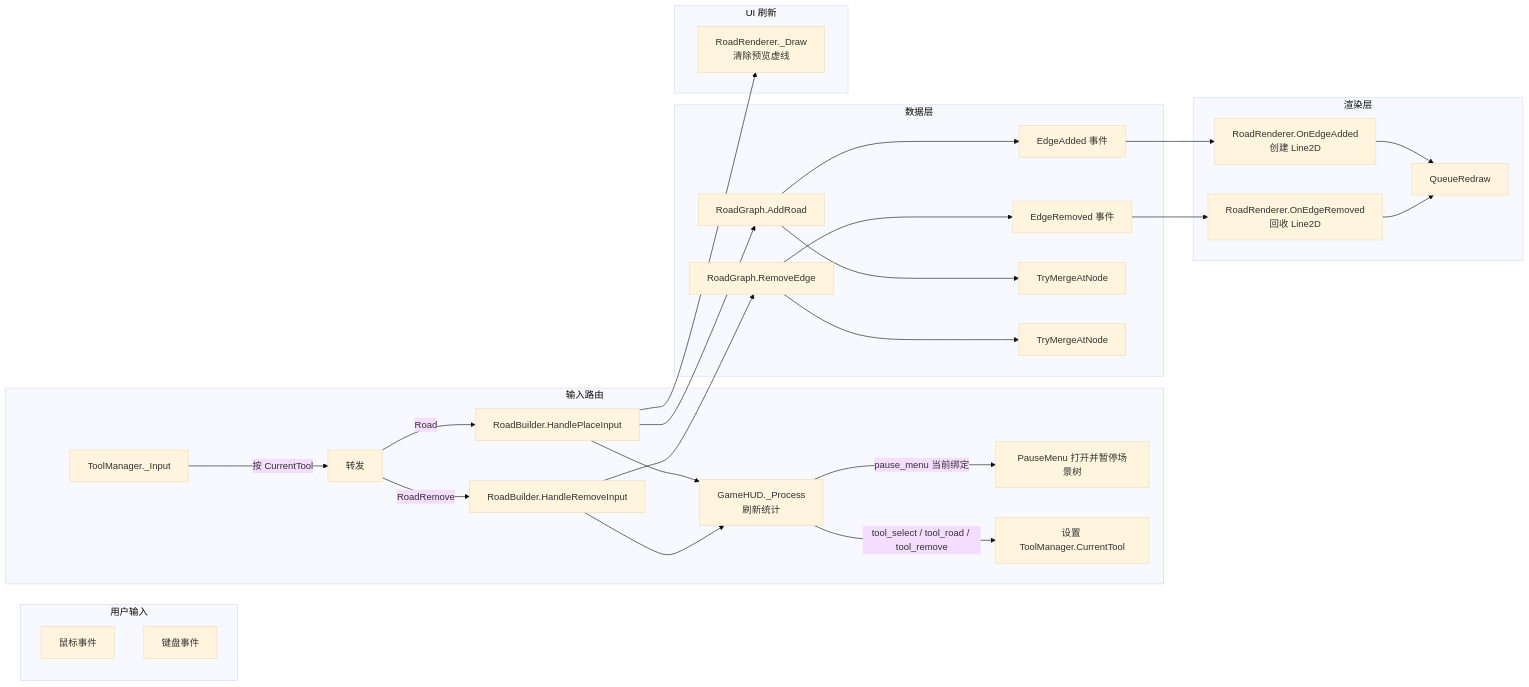
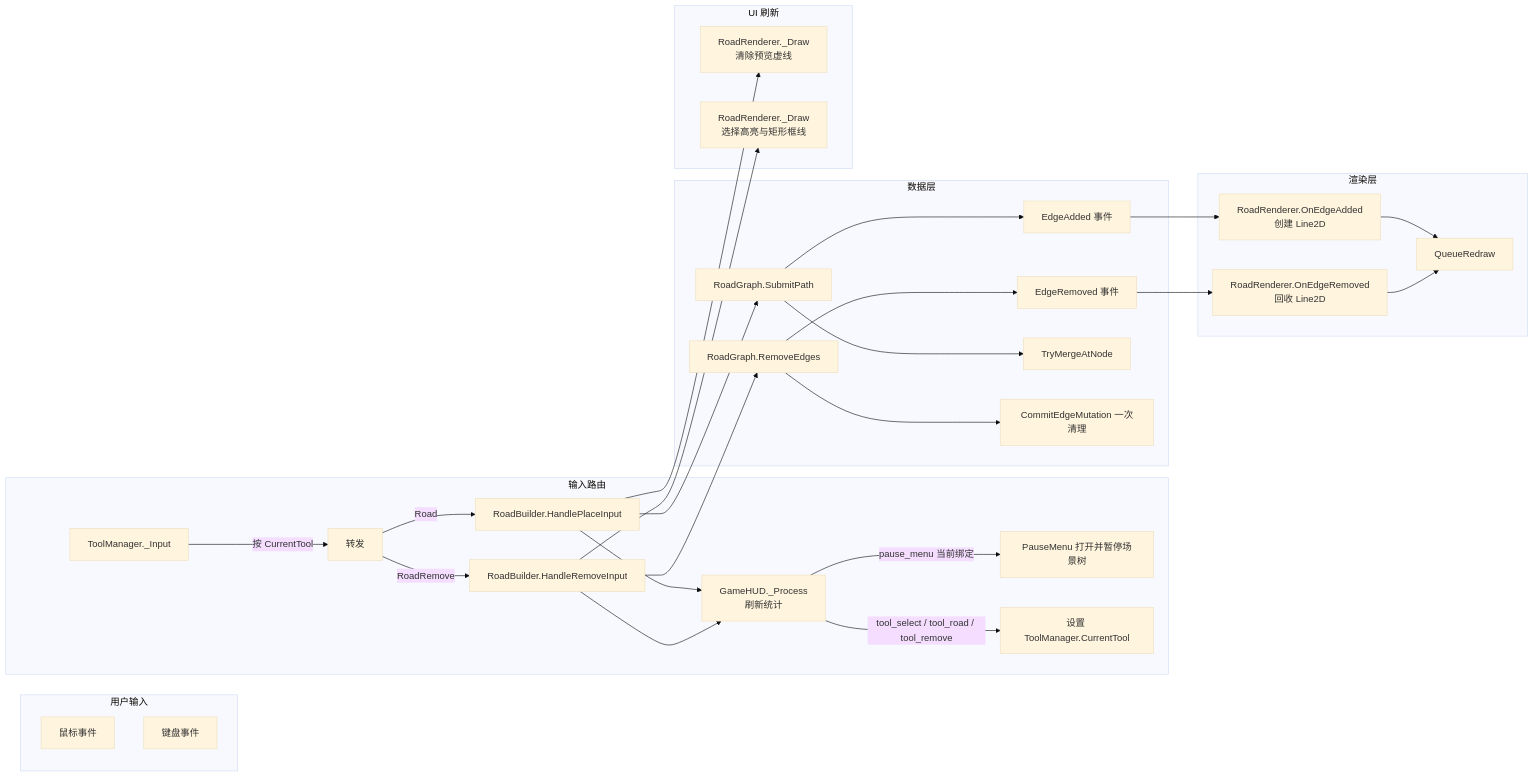
The ninth of 9 diagrams in docs/reference/game-logic.md (xianfishyu/SimpleCities), drawn with Mermaid (base theme) before and after one commit. The commit also changed other lines of this file and 11 other files, not shown here.

````diff
--- a/docs/reference/game-logic.md
+++ b/docs/reference/game-logic.md
@@ -295,39 +298,40 @@
 ```mermaid
 flowchart LR
     subgraph Input["用户输入"]
         Mouse[鼠标事件]
         Key[键盘事件]
     end
 
     subgraph Routing["输入路由"]
         HUD[GameHUD._Input]
         HUD -->|pause_menu 当前绑定| Pause[PauseMenu 打开并暂停场景树]
         HUD -->|tool_select / tool_road / tool_remove| ToolState[设置 ToolManager.CurrentTool]
         TM[ToolManager._Input]
         TM -->|按 CurrentTool| Forward[转发]
         Forward -->|Road| Place[RoadBuilder.HandlePlaceInput]
         Forward -->|RoadRemove| Remove[RoadBuilder.HandleRemoveInput]
     end
 
     subgraph Data["数据层"]
-        Place --> Add["RoadGraph.AddRoad"]
-        Remove --> Del["RoadGraph.RemoveEdge"]
+        Place --> Add["RoadGraph.SubmitPath"]
+        Remove --> Del["RoadGraph.RemoveEdges"]
         Add --> Event1["EdgeAdded 事件"]
         Del --> Event2["EdgeRemoved 事件"]
         Add --> Merge["TryMergeAtNode"]
-        Del --> Merge2["TryMergeAtNode"]
+        Del --> Cleanup["CommitEdgeMutation 一次清理"]
     end
 
     subgraph Render["渲染层"]
         Event1 --> RR_Add["RoadRenderer.OnEdgeAdded<br/>创建 Line2D"]
         Event2 --> RR_Del["RoadRenderer.OnEdgeRemoved<br/>回收 Line2D"]
         RR_Add --> Draw["QueueRedraw"]
         RR_Del --> Draw
     end
 
     subgraph UI["UI 刷新"]
         Place --> HUD["GameHUD._Process<br/>刷新统计"]
         Remove --> HUD
         Place --> Preview["RoadRenderer._Draw<br/>清除预览虚线"]
+        Remove --> RemovalPreview["RoadRenderer._Draw<br/>选择高亮与矩形框线"]
     end
 ```
````
